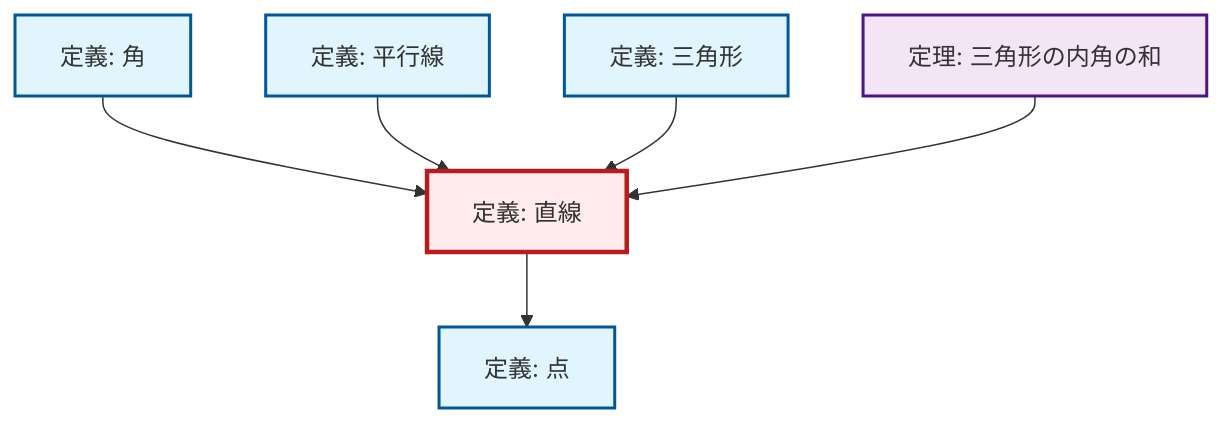
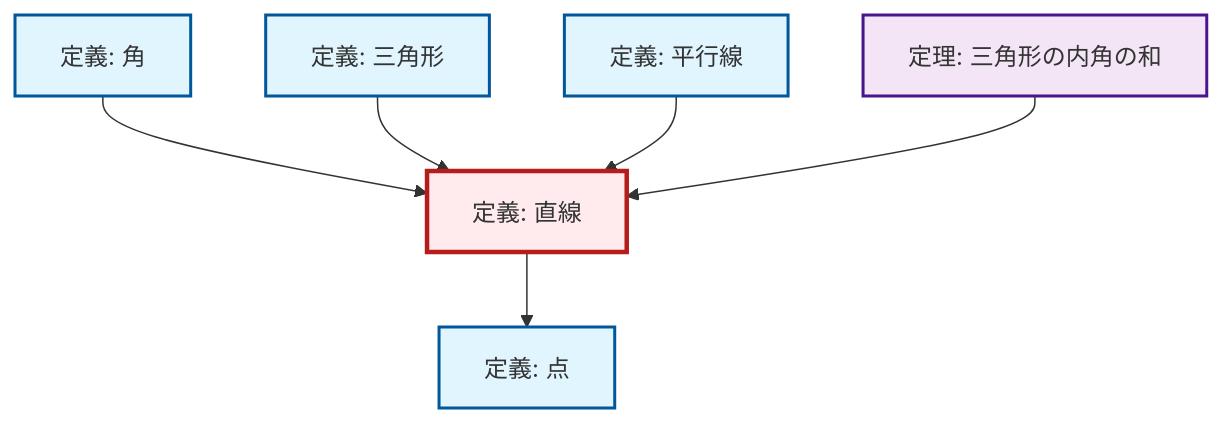
One commit to RK0429/ModernMath changed the diagram in content/ja/geometry/def-line.qmd. Above: the diagram before and after it, drawn with Mermaid. The commit also changed other lines of this file and 328 other files, not shown here.

````diff
--- a/content/ja/geometry/def-line.qmd
+++ b/content/ja/geometry/def-line.qmd
@@ -46,26 +46,26 @@
 ```{mermaid}
 %%| fig-cap: "ローカル依存関係グラフ"
 graph TD
     classDef definition fill:#e1f5fe,stroke:#01579b,stroke-width:2px
     classDef theorem fill:#f3e5f5,stroke:#4a148c,stroke-width:2px
     classDef axiom fill:#fff3e0,stroke:#e65100,stroke-width:2px
     classDef example fill:#e8f5e9,stroke:#1b5e20,stroke-width:2px
     classDef current fill:#ffebee,stroke:#b71c1c,stroke-width:3px
-    def-line["定義: 直線"]:::definition
-    def-triangle["定義: 三角形"]:::definition
-    def-parallel["定義: 平行線"]:::definition
-    def-point["定義: 点"]:::definition
     def-angle["定義: 角"]:::definition
     thm-angle-sum-triangle["定理: 三角形の内角の和"]:::theorem
+    def-line["定義: 直線"]:::definition
+    def-point["定義: 点"]:::definition
+    def-parallel["定義: 平行線"]:::definition
+    def-triangle["定義: 三角形"]:::definition
     def-angle --> def-line
+    def-triangle --> def-line
     def-parallel --> def-line
-    def-triangle --> def-line
     def-line --> def-point
     thm-angle-sum-triangle --> def-line
     class def-line current
-    click def-triangle "def-triangle.html" "三角形の定義へ"
-    click def-parallel "def-parallel.html" "平行線の定義へ"
-    click def-point "def-point.html" "点の定義へ"
     click def-angle "def-angle.html" "角の定義へ"
     click thm-angle-sum-triangle "thm-angle-sum-triangle.html" "三角形の内角の和の定理へ"
+    click def-point "def-point.html" "点の定義へ"
+    click def-parallel "def-parallel.html" "平行線の定義へ"
+    click def-triangle "def-triangle.html" "三角形の定義へ"
 ```
````
